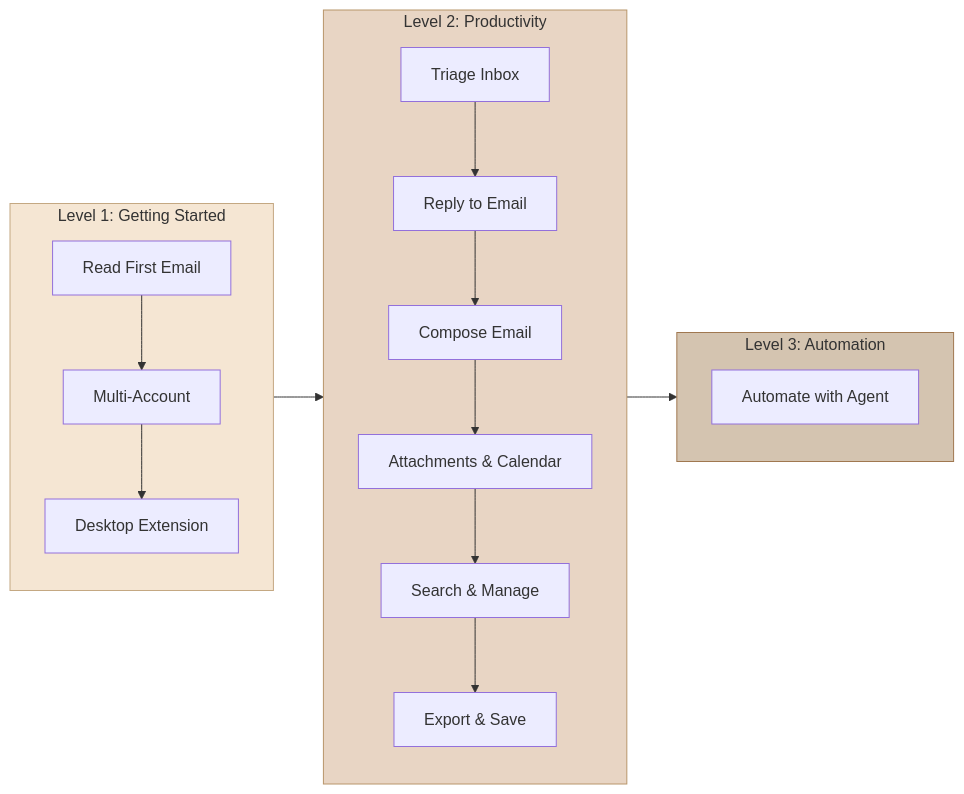
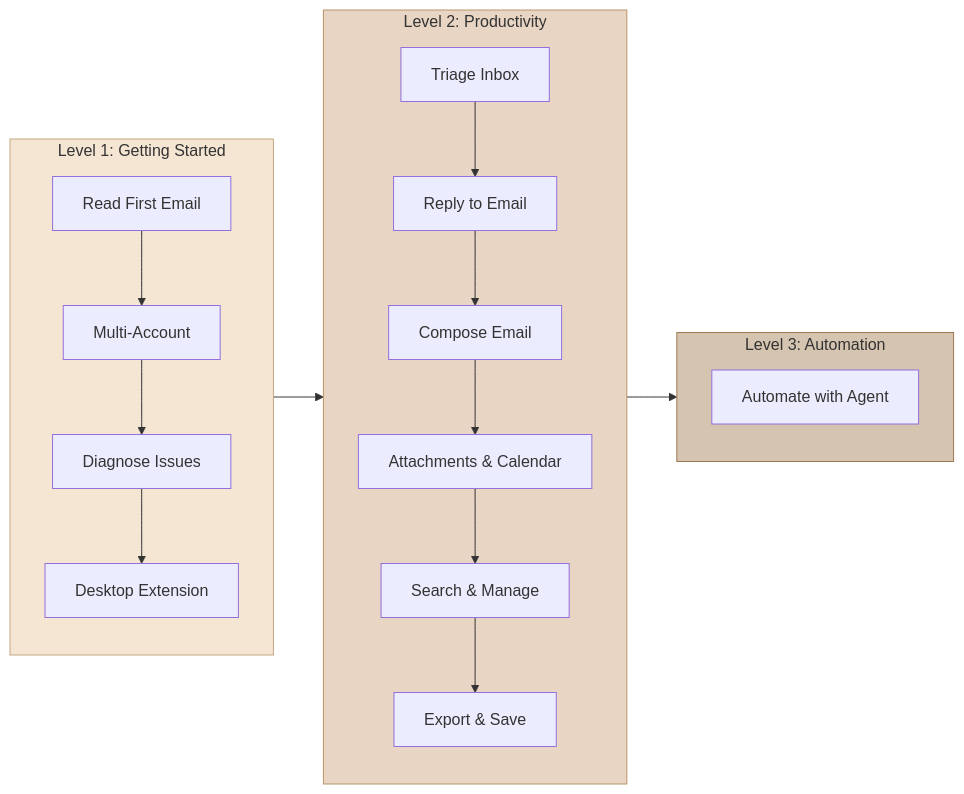
One commit to Data-Wise/himalaya-mcp changed the diagram in docs/tutorials/index.md. Above: the diagram before and after it, drawn with Mermaid. The commit also changed other lines of this file and 2 other files, not shown here.

First paragraph of the commit message:
docs(tutorial): add 'Diagnose Email Issues' tutorial (Level 1)
The v1.6.0 reliability/diagnostics surface (health_check tool,
multi-account doctor, doctor --account, --fix, structured error
envelopes) had reference docs but no hands-on tutorial. This fills
that gap as the 4th Level 1 tutorial.

````diff
--- a/docs/tutorials/index.md
+++ b/docs/tutorials/index.md
@@ -7,25 +7,26 @@
 ```mermaid
 flowchart LR
     subgraph L1["Level 1: Getting Started"]
         A1[Read First Email] --> A2[Multi-Account]
-        A2 --> A3[Desktop Extension]
+        A2 --> A4[Diagnose Issues]
+        A4 --> A3[Desktop Extension]
     end
 
     subgraph L2["Level 2: Productivity"]
         B1[Triage Inbox] --> B2[Reply to Email]
         B2 --> B4[Compose Email]
         B4 --> B5[Attachments & Calendar]
         B5 --> B6[Search & Manage]
         B6 --> B3[Export & Save]
     end
 
     subgraph L3["Level 3: Automation"]
         C1[Automate with Agent]
     end
 
     L1 --> L2 --> L3
 
     style L1 fill:#f5e6d3,stroke:#c4a882
     style L2 fill:#e8d5c4,stroke:#b8956a
     style L3 fill:#d4c4b0,stroke:#a07850
 ```
````
